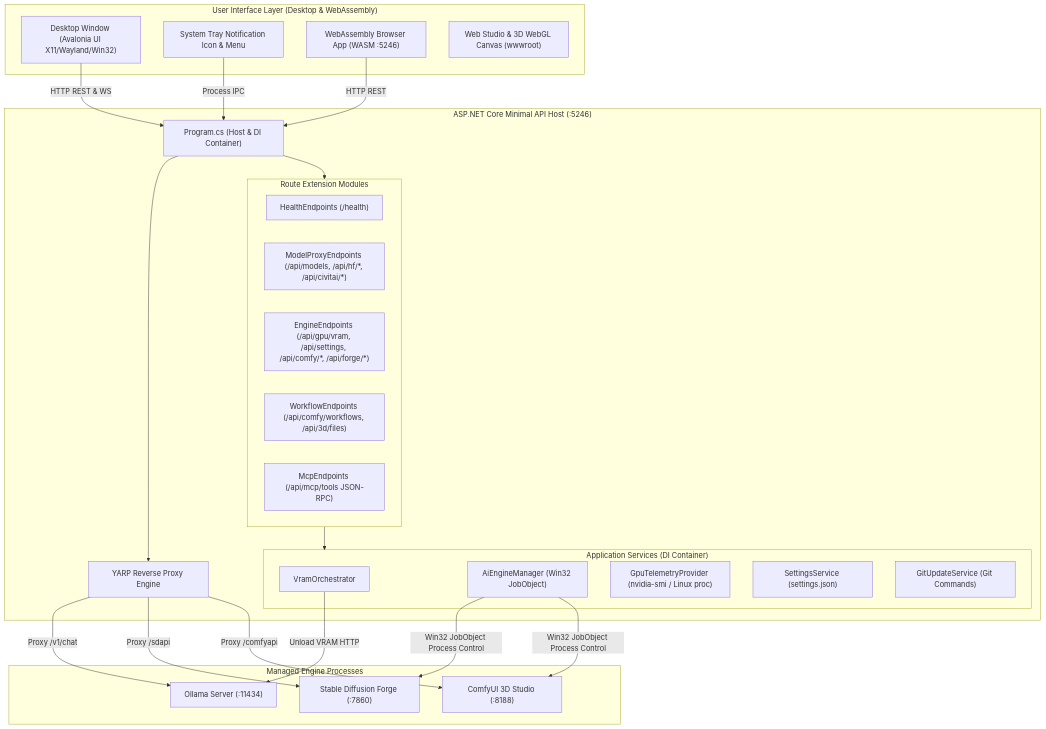
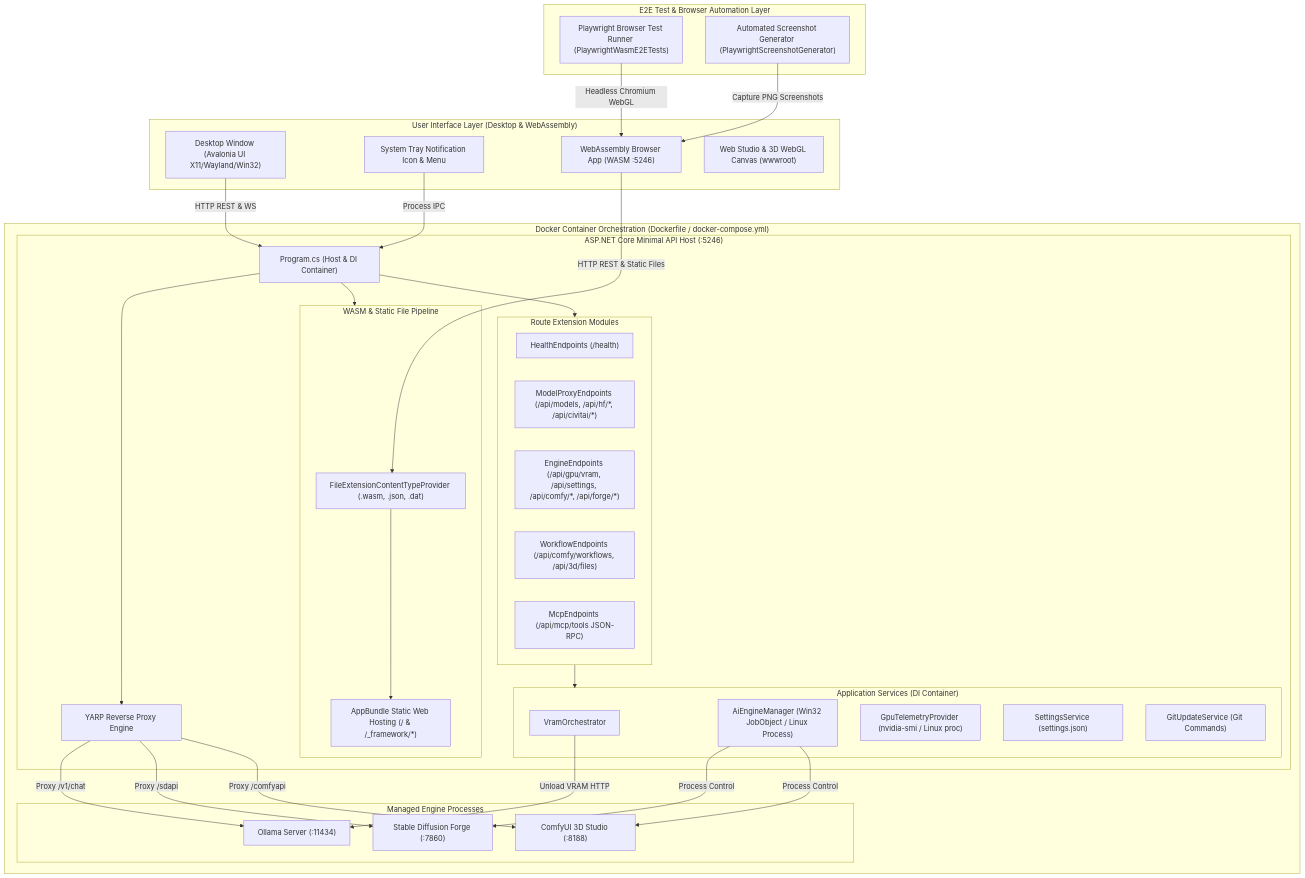
Before and after one commit to spelech/LocalLLMServerManager: the first of 3 diagrams in docs/ARCHITECTURE.md, drawn with Mermaid. The commit also changed other lines of this file and 2 other files, not shown here.

Commit message:
docs: update architecture, development, and user guides for v3.4.0 release

````diff
--- a/docs/ARCHITECTURE.md
+++ b/docs/ARCHITECTURE.md
@@ -11,53 +11,70 @@
 ```mermaid
 graph TD
+    subgraph TestAndAutomationLayer["E2E Test & Browser Automation Layer"]
+        E2E_Playwright["Playwright Browser Test Runner (PlaywrightWasmE2ETests)"]
+        DocGen["Automated Screenshot Generator (PlaywrightScreenshotGenerator)"]
+    end
+
     subgraph DesktopAndWebLayer["User Interface Layer (Desktop & WebAssembly)"]
         UI_Desktop["Desktop Window (Avalonia UI X11/Wayland/Win32)"]
         UI_Tray["System Tray Notification Icon & Menu"]
         UI_WASM["WebAssembly Browser App (WASM :5246)"]
         UI_Web["Web Studio & 3D WebGL Canvas (wwwroot)"]
     end
 
-    subgraph HostLayer["ASP.NET Core Minimal API Host (:5246)"]
-        ProgramHost["Program.cs (Host & DI Container)"]
-        
-        subgraph Endpoints["Route Extension Modules"]
-            E_Health["HealthEndpoints (/health)"]
-            E_Proxy["ModelProxyEndpoints (/api/models, /api/hf/*, /api/civitai/*)"]
-            E_Engine["EngineEndpoints (/api/gpu/vram, /api/settings, /api/comfy/*, /api/forge/*)"]
-            E_Workflow["WorkflowEndpoints (/api/comfy/workflows, /api/3d/files)"]
-            E_MCP["McpEndpoints (/api/mcp/tools JSON-RPC)"]
+    subgraph DockerContainer["Docker Container Orchestration (Dockerfile / docker-compose.yml)"]
+        subgraph HostLayer["ASP.NET Core Minimal API Host (:5246)"]
+            ProgramHost["Program.cs (Host & DI Container)"]
+            
+            subgraph WasmPipeline["WASM & Static File Pipeline"]
+                WasmProvider["FileExtensionContentTypeProvider (.wasm, .json, .dat)"]
+                AppBundle["AppBundle Static Web Hosting (/ & /_framework/*)"]
+            end
+
+            subgraph Endpoints["Route Extension Modules"]
+                E_Health["HealthEndpoints (/health)"]
+                E_Proxy["ModelProxyEndpoints (/api/models, /api/hf/*, /api/civitai/*)"]
+                E_Engine["EngineEndpoints (/api/gpu/vram, /api/settings, /api/comfy/*, /api/forge/*)"]
+                E_Workflow["WorkflowEndpoints (/api/comfy/workflows, /api/3d/files)"]
+                E_MCP["McpEndpoints (/api/mcp/tools JSON-RPC)"]
+            end
+
+            subgraph CoreServices["Application Services (DI Container)"]
+                S_VRAM["VramOrchestrator"]
+                S_EngineMgr["AiEngineManager (Win32 JobObject / Linux Process)"]
+                S_Telemetry["GpuTelemetryProvider (nvidia-smi / Linux proc)"]
+                S_Settings["SettingsService (settings.json)"]
+                S_Git["GitUpdateService (Git Commands)"]
+            end
+
+            YARP["YARP Reverse Proxy Engine"]
         end
 
-        subgraph CoreServices["Application Services (DI Container)"]
-            S_VRAM["VramOrchestrator"]
-            S_EngineMgr["AiEngineManager (Win32 JobObject)"]
-            S_Telemetry["GpuTelemetryProvider (nvidia-smi / Linux proc)"]
-            S_Settings["SettingsService (settings.json)"]
-            S_Git["GitUpdateService (Git Commands)"]
+        subgraph ExternalEngineLayer["Managed Engine Processes"]
+            OllamaEngine["Ollama Server (:11434)"]
+            ForgeEngine["Stable Diffusion Forge (:7860)"]
+            ComfyEngine["ComfyUI 3D Studio (:8188)"]
         end
-
-        YARP["YARP Reverse Proxy Engine"]
     end
 
-    subgraph ExternalEngineLayer["Managed Engine Processes"]
-        OllamaEngine["Ollama Server (:11434)"]
-        ForgeEngine["Stable Diffusion Forge (:7860)"]
-        ComfyEngine["ComfyUI 3D Studio (:8188)"]
-    end
+    E2E_Playwright -->|Headless Chromium WebGL| UI_WASM
+    DocGen -->|Capture PNG Screenshots| UI_WASM
 
     UI_Desktop -->|HTTP REST & WS| ProgramHost
-    UI_WASM -->|HTTP REST| ProgramHost
+    UI_WASM -->|HTTP REST & Static Files| WasmProvider
+    WasmProvider --> AppBundle
     UI_Tray -->|Process IPC| ProgramHost
 
+    ProgramHost --> WasmPipeline
     ProgramHost --> Endpoints
     Endpoints --> CoreServices
     ProgramHost --> YARP
 
     YARP -->|Proxy /v1/chat| OllamaEngine
     YARP -->|Proxy /sdapi| ForgeEngine
     YARP -->|Proxy /comfyapi| ComfyEngine
 
     S_VRAM -->|Unload VRAM HTTP| OllamaEngine
-    S_EngineMgr -->|Win32 JobObject Process Control| ForgeEngine
-    S_EngineMgr -->|Win32 JobObject Process Control| ComfyEngine
+    S_EngineMgr -->|Process Control| ForgeEngine
+    S_EngineMgr -->|Process Control| ComfyEngine
 ```
````
